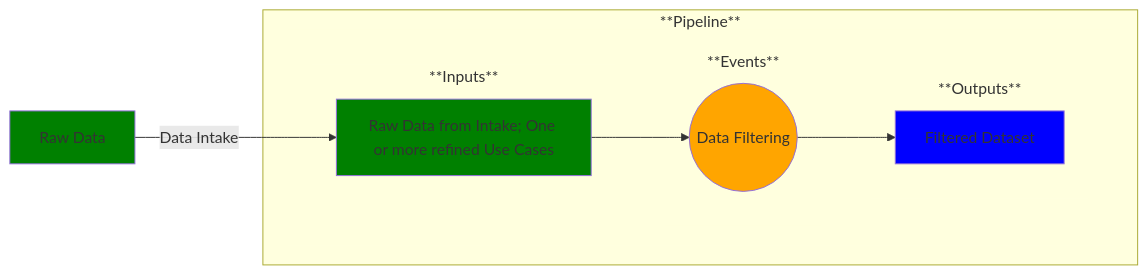
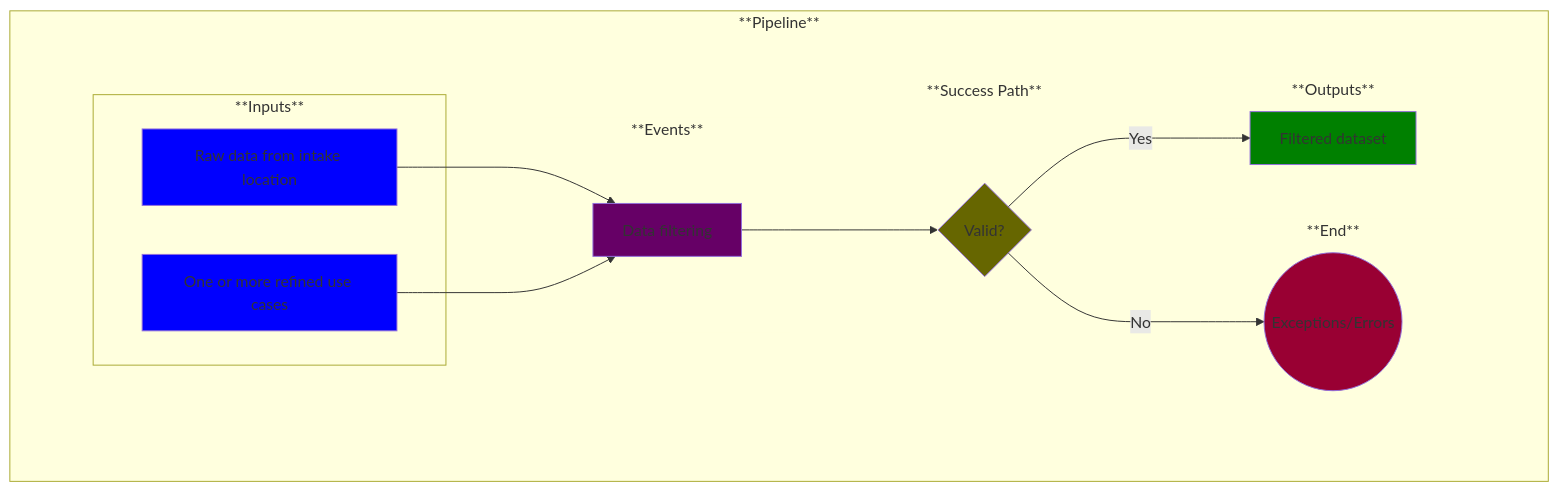
Before and after one commit to MLOps-OpenAPI/arch-diagrams: the diagram in use-cases/2-data-filtering.md, drawn with Mermaid. The commit also changed other lines of this file and 2 other files, not shown here.

Commit message:
Revised UC1-3 with common template

````diff
--- a/use-cases/2-data-filtering.md
+++ b/use-cases/2-data-filtering.md
@@ -16,54 +16,72 @@
 ```mermaid
 
 %% Creating a left-to-right flowchart
 %% Learn the syntax here: https://mermaid.js.org/syntax/flowchart.html
 %% Note: flowchart and graph are the same in Mermaid
 graph LR;
 
     %% Define the common flow items:
-    A--> | Data Intake | B
     %%A--> B
     %%B-->C
     subgraph Pipeline ["**Pipeline**"]
         
         %% Add an empty node to overcome some formatting issues
         subgraph invisibleSpace["<br/>"]
 
             %% Add the rest of the nodes
             subgraph Inputs ["**Inputs**"]
-                B 
+                A1
+            end
+            subgraph Inputs ["**Inputs**"]
+                A2
             end
             subgraph Events ["**Events**"]
+                B
+            end
+            subgraph Success ["**Success Path**"]
                 C
             end
-            subgraph Outputs ["**Outputs**"]
+            subgraph End ["**End**"]
                 D
             end
+            subgraph Outputs ["**Outputs**"]
+                E
+            end
         end
+        A1-->B
+        A2-->B
         B-->C
         %%C--> | test text | D
-        C-->D
-        %%D--> | test text | E
+        C--> | No | D
+        C--> | Yes | E
     end
 
     %% Now label and style the blocks
     %% Note: You could have done this above, but I find this to be cleaner and easier to manage
-    A[Raw Data]
-    style A fill:green
+    A1[Raw data from intake location]
+    style A1 fill:blue
 
-    B[Raw Data from Intake; One or more refined Use Cases]
-    style B fill:green
+    A2[One or more refined use cases]
+    style A2 fill:blue
 
-    C((Data Filtering))
-    style C fill:orange
+    B[Data filtering]
+    style B fill:#660066
 
-    D[Filtered Dataset]
-    style D fill:blue
+    C{Valid?}
+    style C fill:#666600
+
+    D((Exceptions/Errors))
+    style D fill:#990033
+    
+    E[Filtered dataset]
+    style E fill:green
 
     %% Remove unnecessary box outlines
     style invisibleSpace stroke-width:0
     style Inputs stroke-width:0
     style Events stroke-width:0
+    style Success stroke-width:0
     style Outputs stroke-width:0
+    style End stroke-width:0
 
 ```
````
